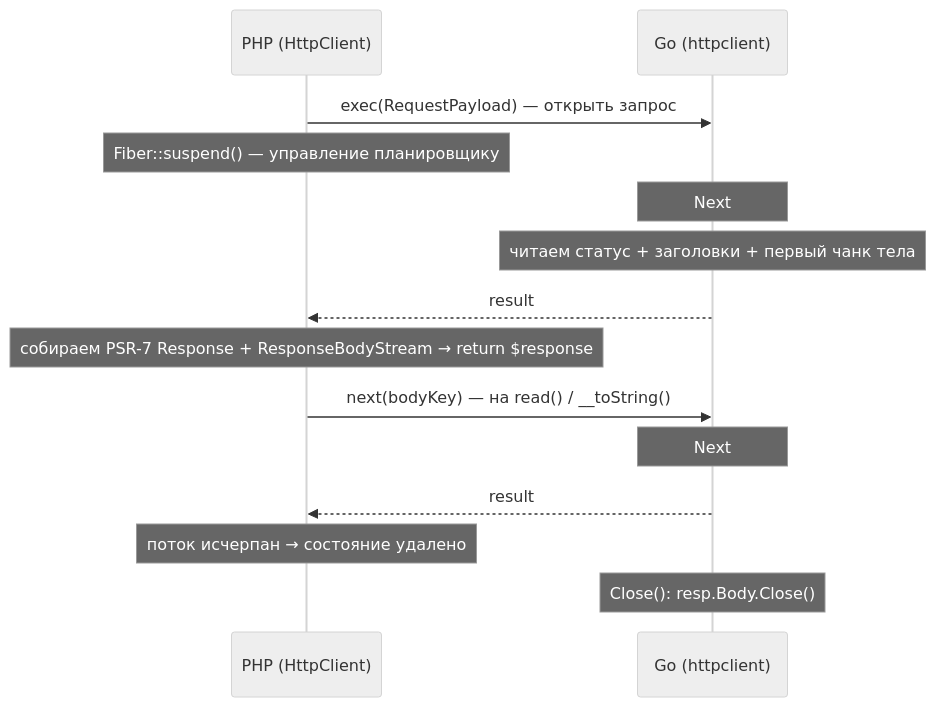
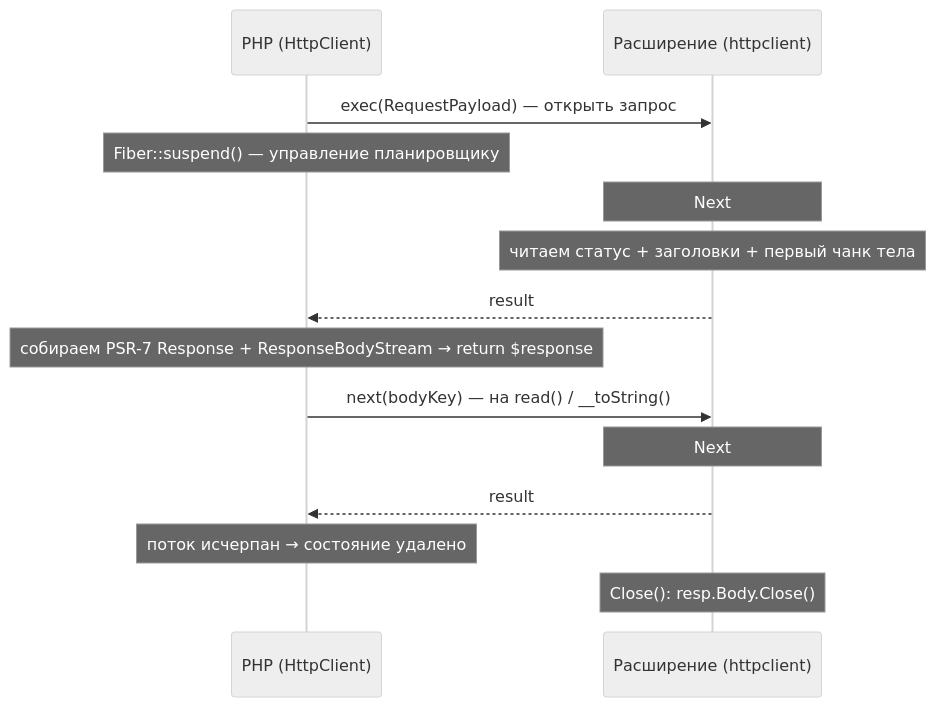
One commit to sprust/sconcur changed the diagram in docs/http-client.ru.md. Above: the diagram before and after it, drawn with Mermaid (neutral theme). The commit also changed other lines of this file and 46 other files, not shown here.

````diff
--- a/docs/http-client.ru.md
+++ b/docs/http-client.ru.md
@@ -39,18 +39,18 @@
 ```mermaid
 sequenceDiagram
     participant PHP as PHP (HttpClient)
-    participant Go as Go (httpclient)
+    participant EXT as Расширение (httpclient)
 
-    PHP->>Go: exec(RequestPayload) — открыть запрос
+    PHP->>EXT: exec(RequestPayload) — открыть запрос
     Note over PHP: Fiber::suspend() — управление планировщику
-    Note over Go: Next#1: http.Client.Do(ctx) — соединение, отправка
-    Note over Go: читаем статус + заголовки + первый чанк тела
-    Go-->>PHP: result#1 {st, hd, b: firstChunk, cl} (WithNext / Success)
+    Note over EXT: Next#1: http.Client.Do(ctx) — соединение, отправка
+    Note over EXT: читаем статус + заголовки + первый чанк тела
+    EXT-->>PHP: result#1 {st, hd, b: firstChunk, cl} (WithNext / Success)
     Note over PHP: собираем PSR-7 Response + ResponseBodyStream → return $response
 
-    PHP->>Go: next(bodyKey) — на read() / __toString()
-    Note over Go: Next#2..N: следующий чанк resp.Body
-    Go-->>PHP: result#k — сырой чанк (WithNext, последний → Success)
+    PHP->>EXT: next(bodyKey) — на read() / __toString()
+    Note over EXT: Next#2..N: следующий чанк resp.Body
+    EXT-->>PHP: result#k — сырой чанк (WithNext, последний → Success)
     Note over PHP: поток исчерпан → состояние удалено
-    Note over Go: Close(): resp.Body.Close()
+    Note over EXT: Close(): resp.Body.Close()
 ```
````
